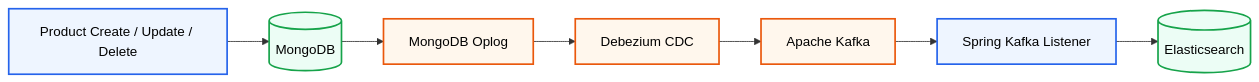
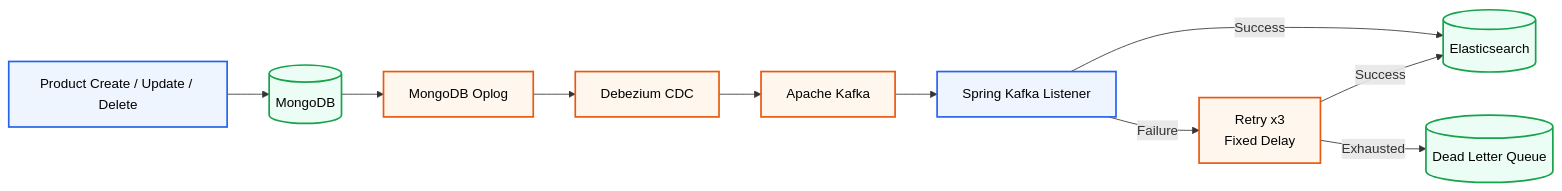
One commit to RehanKhatkar/event-driven-search-engine changed the second of 3 diagrams in README.md. Above: the diagram before and after it, drawn with Mermaid. The commit also changed other lines of this file, not shown here.

````diff
--- a/README.md
+++ b/README.md
@@ -68,25 +72,31 @@
 ```mermaid
 flowchart LR
     A[Product Create / Update / Delete]
     B[(MongoDB)]
     C[MongoDB Oplog]
     D[Debezium CDC]
     E[Apache Kafka]
     F[Spring Kafka Listener]
     G[(Elasticsearch)]
+    H[Retry x3<br/>Fixed Delay]
+    I[(Dead Letter Queue)]
 
     A --> B
     B --> C
     C --> D
     D --> E
     E --> F
-    F --> G
+
+    F -->|Success| G
+    F -->|Failure| H
+    H -->|Success| G
+    H -->|Exhausted| I
 
     classDef app fill:#EEF5FF,stroke:#2563EB,stroke-width:2px,color:#000000;
     classDef db fill:#ECFDF5,stroke:#16A34A,stroke-width:2px,color:#000000;
     classDef infra fill:#FFF7ED,stroke:#EA580C,stroke-width:2px,color:#000000;
 
     class A,F app;
-    class B,G db;
-    class C,D,E infra;
+    class B,G,I db;
+    class C,D,E,H infra;
 ```
````
